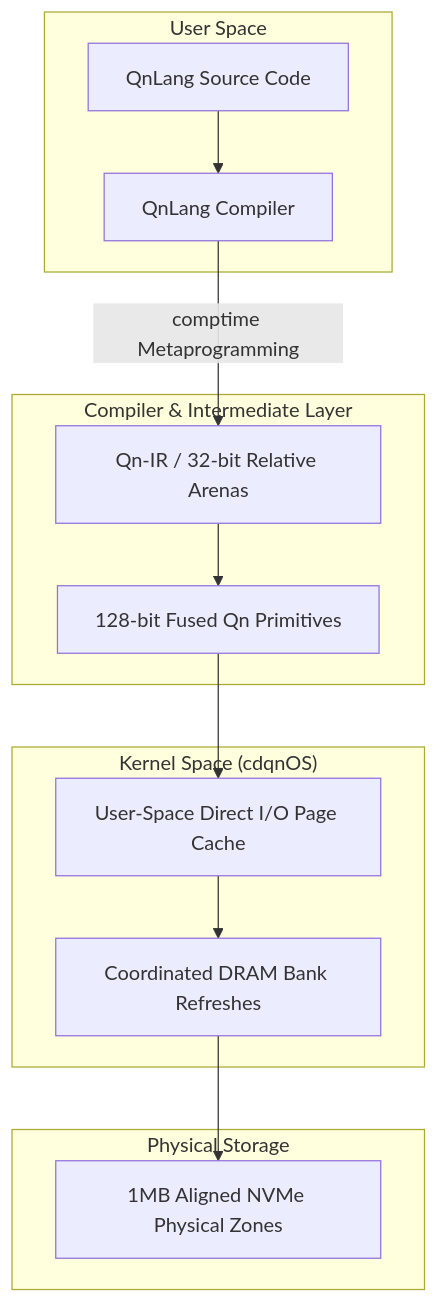
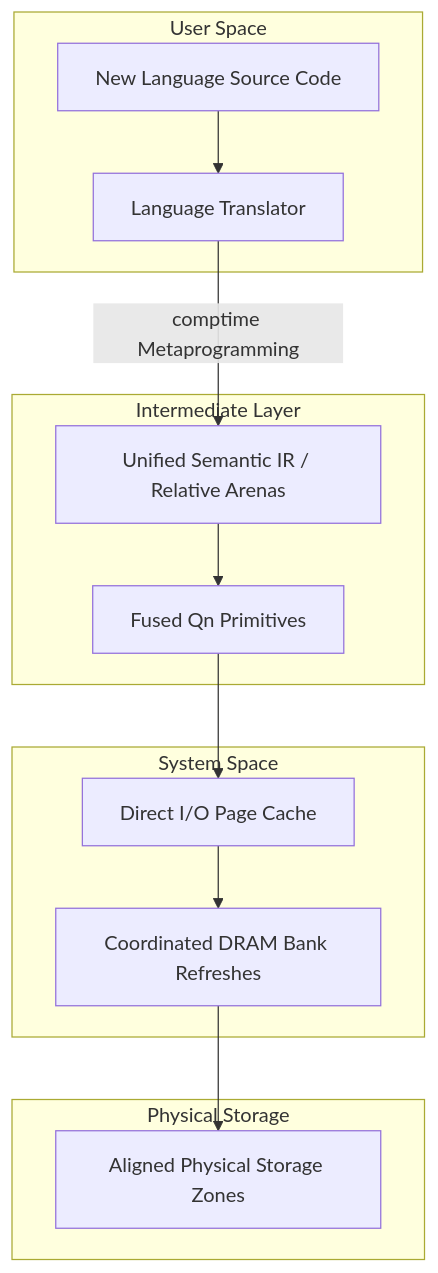
One commit to cdqn5249/cdqn changed the diagram in README.md. Above: the diagram before and after it, drawn with Mermaid. The commit also changed other lines of this file, not shown here.

````diff
--- a/README.md
+++ b/README.md
@@ -19,17 +24,17 @@
 ```mermaid
 graph TD
     subgraph user_space ["User Space"]
-        A[QnLang Source Code] --> B[QnLang Compiler]
+        A[New Language Source Code] --> B[Language Translator]
     end
-    subgraph compiler_layer ["Compiler & Intermediate Layer"]
-        B -->|comptime Metaprogramming| C[Qn-IR / 32-bit Relative Arenas]
-        C --> D[128-bit Fused Qn Primitives]
+    subgraph compiler_layer ["Intermediate Layer"]
+        B -->|comptime Metaprogramming| C[Unified Semantic IR / Relative Arenas]
+        C --> D[Fused Qn Primitives]
     end
-    subgraph kernel_space ["Kernel Space (cdqnOS)"]
-        D --> E[User-Space Direct I/O Page Cache]
+    subgraph kernel_space ["System Space"]
+        D --> E[Direct I/O Page Cache]
         E --> F[Coordinated DRAM Bank Refreshes]
     end
     subgraph physical_storage ["Physical Storage"]
-        F --> G[1MB Aligned NVMe Physical Zones]
+        F --> G[Aligned Physical Storage Zones]
     end
 ```
````
